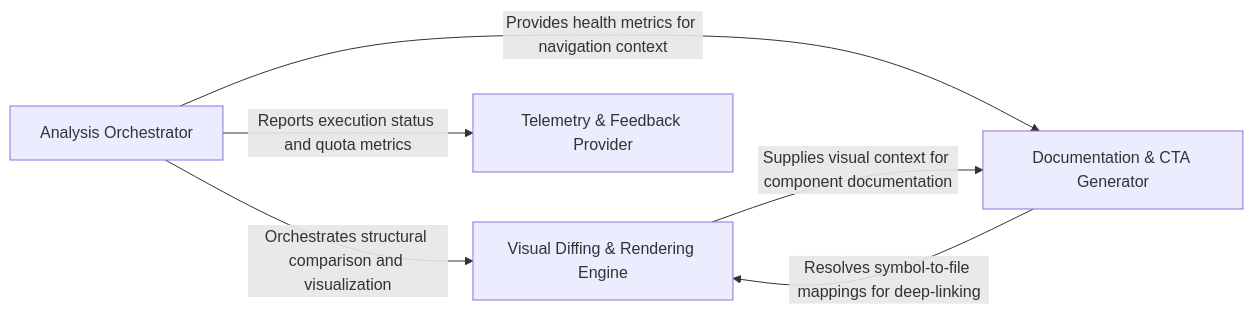
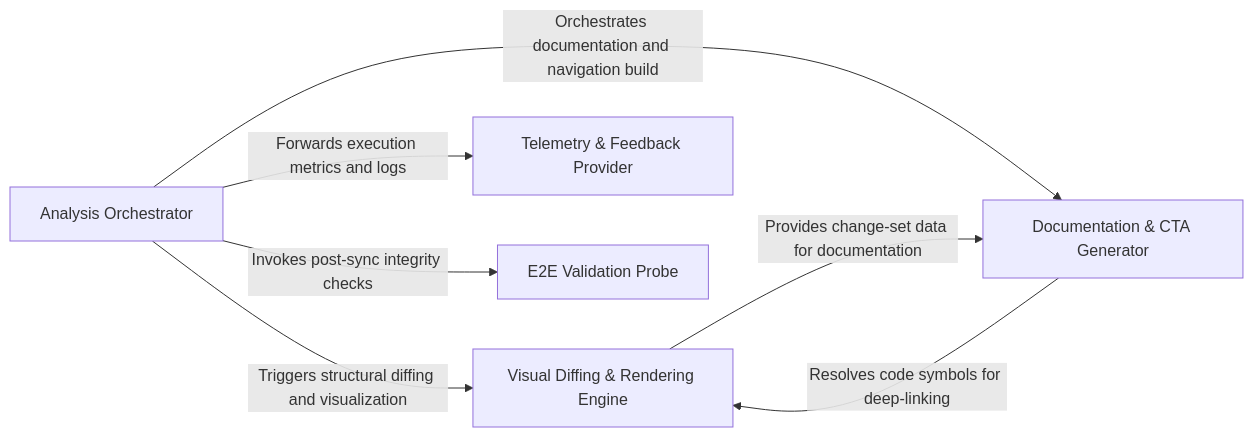
Before and after one commit to CodeBoarding/CodeBoarding-action: the diagram in .codeboarding/overview.md, drawn with Mermaid. The commit also changed other lines of this file and 11 other files, not shown here.

Commit message:
chore(codeboarding): sync architecture baseline

````diff
--- a/.codeboarding/overview.md
+++ b/.codeboarding/overview.md
@@ -1,16 +1,19 @@
 ```mermaid
 graph LR
     Analysis_Orchestrator["Analysis Orchestrator"]
     Visual_Diffing_Rendering_Engine["Visual Diffing & Rendering Engine"]
     Documentation_CTA_Generator["Documentation & CTA Generator"]
     Telemetry_Feedback_Provider["Telemetry & Feedback Provider"]
-    Analysis_Orchestrator -- "Orchestrates structural comparison and visualization" --> Visual_Diffing_Rendering_Engine
-    Analysis_Orchestrator -- "Provides health metrics for navigation context" --> Documentation_CTA_Generator
-    Analysis_Orchestrator -- "Reports execution status and quota metrics" --> Telemetry_Feedback_Provider
-    Visual_Diffing_Rendering_Engine -- "Supplies visual context for component documentation" --> Documentation_CTA_Generator
-    Documentation_CTA_Generator -- "Resolves symbol-to-file mappings for deep-linking" --> Visual_Diffing_Rendering_Engine
-    click Analysis_Orchestrator href "https://github.com/CodeBoarding/CodeBoarding-action/blob/main/.codeboarding/Analysis_Orchestrator.md" "Details"
-    click Visual_Diffing_Rendering_Engine href "https://github.com/CodeBoarding/CodeBoarding-action/blob/main/.codeboarding/Visual_Diffing_Rendering_Engine.md" "Details"
-    click Documentation_CTA_Generator href "https://github.com/CodeBoarding/CodeBoarding-action/blob/main/.codeboarding/Documentation_CTA_Generator.md" "Details"
-    click Telemetry_Feedback_Provider href "https://github.com/CodeBoarding/CodeBoarding-action/blob/main/.codeboarding/Telemetry_Feedback_Provider.md" "Details"
+    E2E_Validation_Probe["E2E Validation Probe"]
+    Analysis_Orchestrator -- "Triggers structural diffing and visualization" --> Visual_Diffing_Rendering_Engine
+    Analysis_Orchestrator -- "Orchestrates documentation and navigation build" --> Documentation_CTA_Generator
+    Analysis_Orchestrator -- "Forwards execution metrics and logs" --> Telemetry_Feedback_Provider
+    Analysis_Orchestrator -- "Invokes post-sync integrity checks" --> E2E_Validation_Probe
+    Visual_Diffing_Rendering_Engine -- "Provides change-set data for documentation" --> Documentation_CTA_Generator
+    Documentation_CTA_Generator -- "Resolves code symbols for deep-linking" --> Visual_Diffing_Rendering_Engine
+    click Analysis_Orchestrator href "https://github.com/CodeBoarding/CodeBoarding-action/blob/sync-e2e-test/.codeboarding/Analysis_Orchestrator.md" "Details"
+    click Visual_Diffing_Rendering_Engine href "https://github.com/CodeBoarding/CodeBoarding-action/blob/sync-e2e-test/.codeboarding/Visual_Diffing_Rendering_Engine.md" "Details"
+    click Documentation_CTA_Generator href "https://github.com/CodeBoarding/CodeBoarding-action/blob/sync-e2e-test/.codeboarding/Documentation_CTA_Generator.md" "Details"
+    click Telemetry_Feedback_Provider href "https://github.com/CodeBoarding/CodeBoarding-action/blob/sync-e2e-test/.codeboarding/Telemetry_Feedback_Provider.md" "Details"
+    click E2E_Validation_Probe href "https://github.com/CodeBoarding/CodeBoarding-action/blob/sync-e2e-test/.codeboarding/E2E_Validation_Probe.md" "Details"
 ```
````
